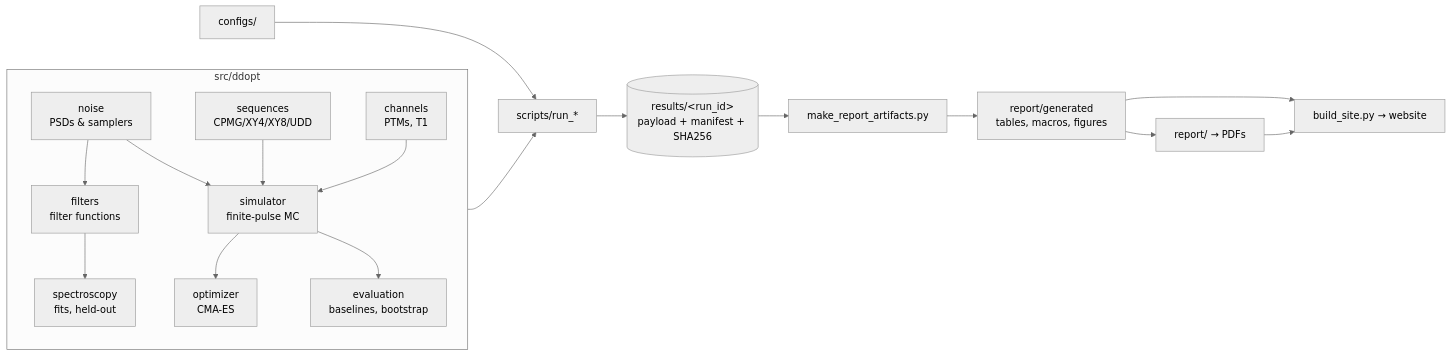
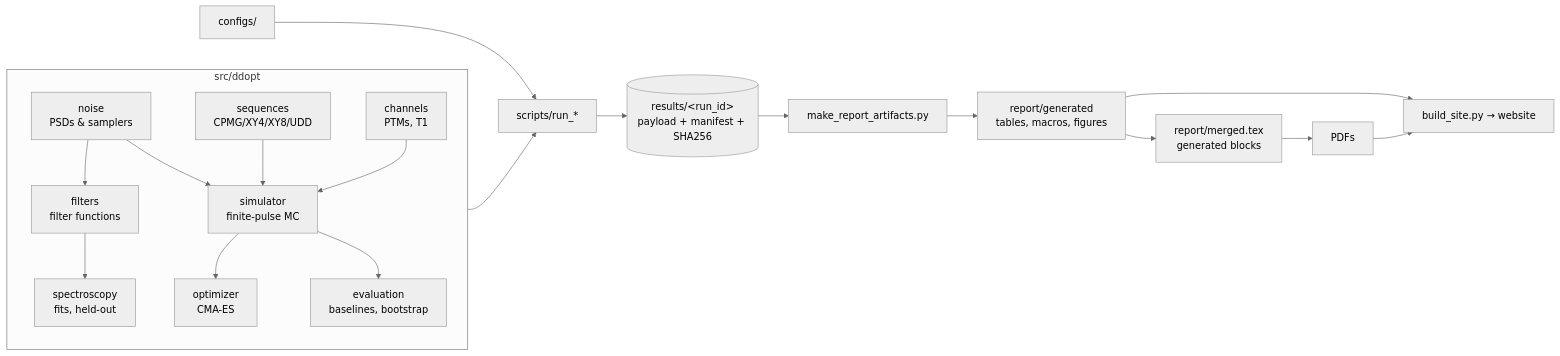
Before and after one commit to udsy19/quantum-dd-optimizer: the diagram in README.md, drawn with Mermaid (neutral theme). The commit also changed other lines of this file and 36 other files, not shown here.

First line of the commit message:
report: make report/merged.tex the single canonical manuscript (WIP)

````diff
--- a/README.md
+++ b/README.md
@@ -157,19 +160,19 @@
 ```mermaid
 flowchart LR
   subgraph lib["src/ddopt"]
     N[noise<br/>PSDs & samplers] --> F[filters<br/>filter functions]
     N --> S[simulator<br/>finite-pulse MC]
     Q[sequences<br/>CPMG/XY4/XY8/UDD] --> S
     C[channels<br/>PTMs, T1] --> S
     S --> O[optimizer<br/>CMA-ES]
     S --> E[evaluation<br/>baselines, bootstrap]
     F --> SP[spectroscopy<br/>fits, held-out]
   end
   cfg[configs/] --> X[scripts/run_*]
   lib --> X
   X --> R[(results/&lt;run_id&gt;<br/>payload + manifest + SHA256)]
   R --> A[make_report_artifacts.py] --> G[report/generated<br/>tables, macros, figures]
-  G --> P[report/ → PDFs]
+  G --> M[report/merged.tex<br/>generated blocks] --> P[PDFs]
   G --> W[build_site.py → website]
   P --> W
 ```
````
